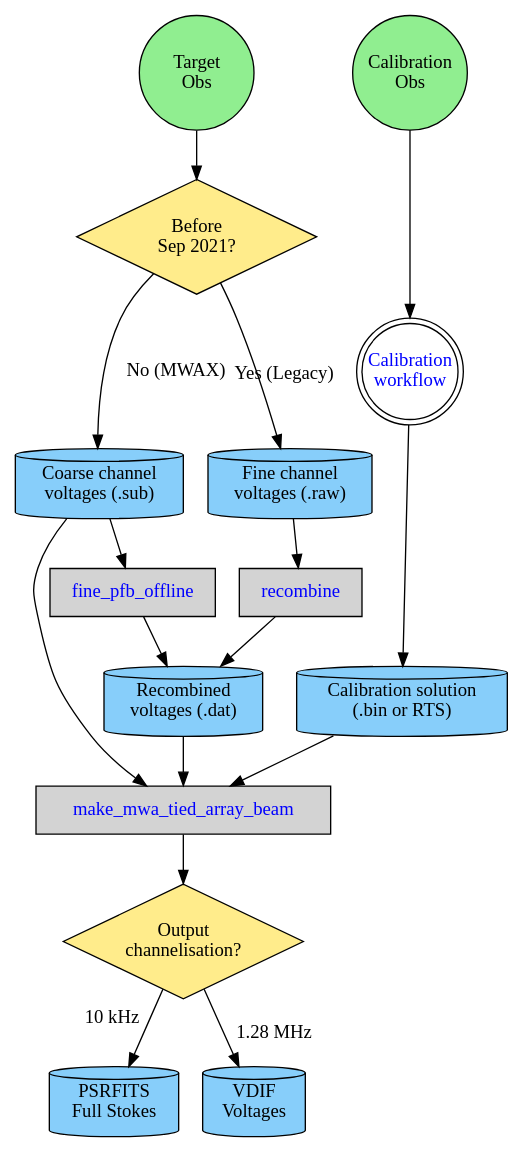
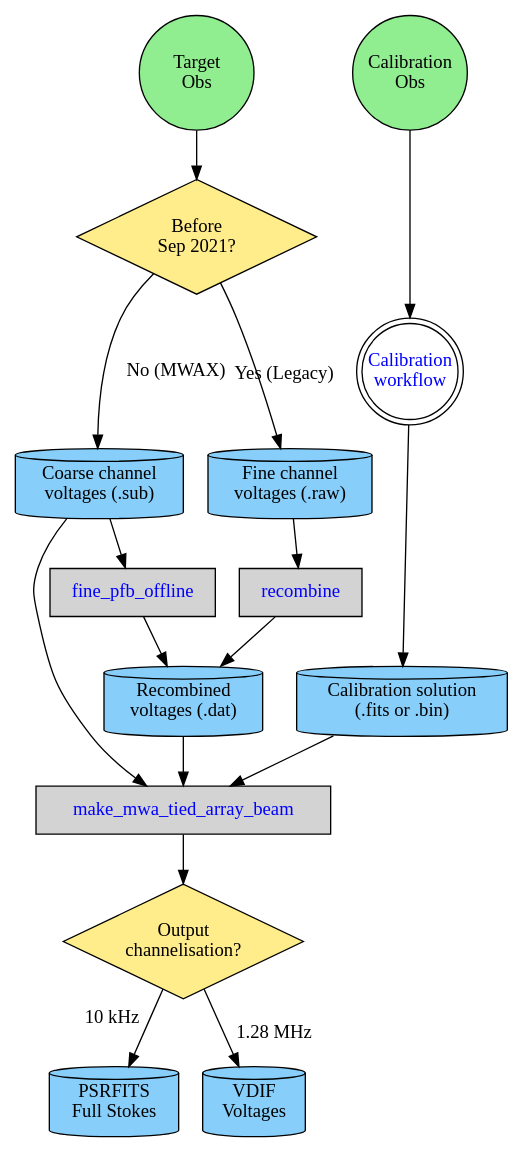
Before and after one commit to CIRA-Pulsars-and-Transients-Group/vcsbeam: the diagram in doc/images/beamforming.dot, drawn with Graphviz. The commit also changed 10 other files, not shown here.

```diff
--- a/doc/images/beamforming.dot
+++ b/doc/images/beamforming.dot
@@ -1,37 +1,37 @@
 digraph overview {
     node [ shape=cylinder, style="filled" ];
     //splines = curved;
 
     targetobs [ label="Target\nObs", shape=circle, fixedsize=true, width=1.2, fillcolor=lightgreen ];
     calobs [ label="Calibration\nObs", shape=circle, fixedsize=true, width=1.2, fillcolor=lightgreen ];
     date [ label="Before\nSep 2021?", shape=diamond, fillcolor=lightgoldenrod1, fixedsize=true, width=2.5, height=1.2 ];
     raw [ label="Fine channel\nvoltages (.raw)", fillcolor=lightskyblue ];
     sub [ label="Coarse channel\nvoltages (.sub)", fillcolor=lightskyblue ];
     dat [ label="Recombined\nvoltages (.dat)", fillcolor=lightskyblue ];
     outputchannelisation [ label="Output\nchannelisation?", shape=diamond, fillcolor=lightgoldenrod1, fixedsize=true, width=2.5, height=1.2 ];
     psrfits [ label="PSRFITS\nFull Stokes", fillcolor=lightskyblue ];
     vdif [ label="VDIF\nVoltages", fillcolor=lightskyblue ];
-    calsol [ label="Calibration solution\n(.bin or RTS)", fillcolor=lightskyblue ];
+    calsol [ label="Calibration solution\n(.fits or .bin)", fillcolor=lightskyblue ];
     recombine [ label="recombine", shape=record, href="https://github.com/ICRAR/mwa-voltage.git", fontcolor=blue ];
     tiedarray [ label="make_mwa_tied_array_beam", shape=record, href="@ref applicationsmakemwatiedarraybeam", fontcolor=blue ];
     targetobs -> date;
     date -> raw [ xlabel="Yes (Legacy)" ];
     date -> sub [ label="No (MWAX)" ];
     sub -> tiedarray;
     callink [ label="Calibration\nworkflow", shape=doublecircle, fillcolor=white, fixedsize=true, width=1.0, href="@ref usersguidecalibration", fontcolor=blue ];
 
     offlinepfb [ label="fine_pfb_offline", shape=record, href="@ref applicationsfinepfboffline", fontcolor=blue ];
 
     raw -> recombine -> dat;
     sub -> offlinepfb -> dat;
     dat -> tiedarray -> outputchannelisation;
     outputchannelisation -> psrfits [ xlabel="10 kHz" ];
     outputchannelisation -> vdif [ label="1.28 MHz" ];
     calsol -> tiedarray;
 
     calobs -> callink -> calsol;
 
     {rank = same; targetobs; calobs; }
     {rank = same; raw; sub;}
     {rank = same; dat; calsol;}
 }
```
